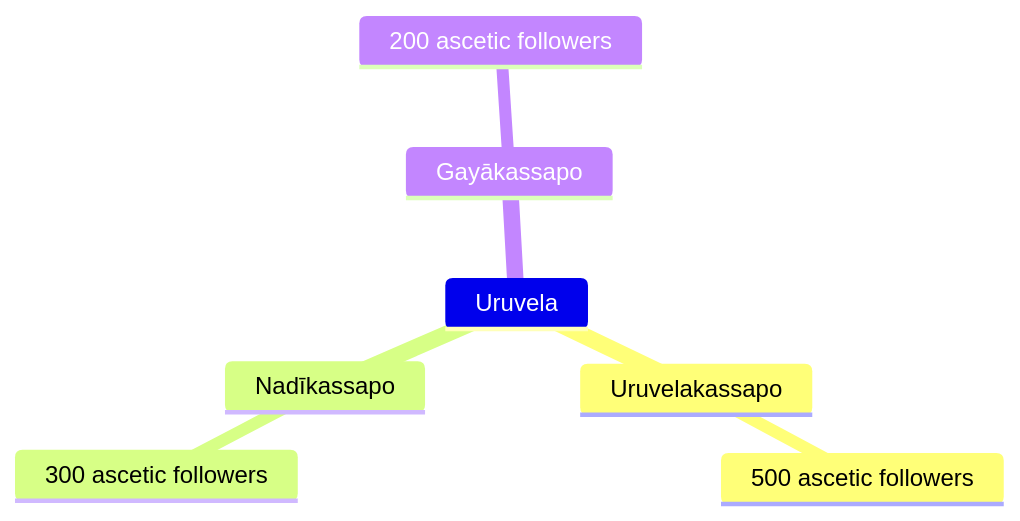
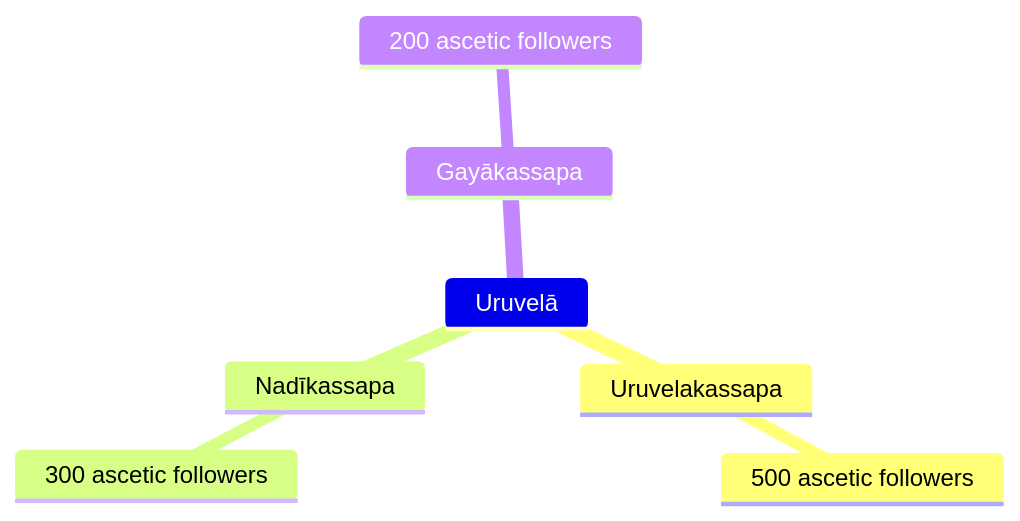
The first of 16 diagrams in src/content/docs/khandhaka/1-12.mdx (tidipa/tidipa.github.io), drawn with Mermaid before and after one commit. The commit also changed other lines of this file and 48 other files, not shown here.

````diff
--- a/src/content/docs/khandhaka/1-12.mdx
+++ b/src/content/docs/khandhaka/1-12.mdx
@@ -41,10 +41,10 @@
 ```mermaid
 mindmap
-Uruvela
-	Uruvelakassapo
+Uruvelā
+	Uruvelakassapa
 		500 ascetic followers
-	Nadīkassapo
+	Nadīkassapa
 		300 ascetic followers
-	Gayākassapo
+	Gayākassapa
 		200 ascetic followers
 ```
````
